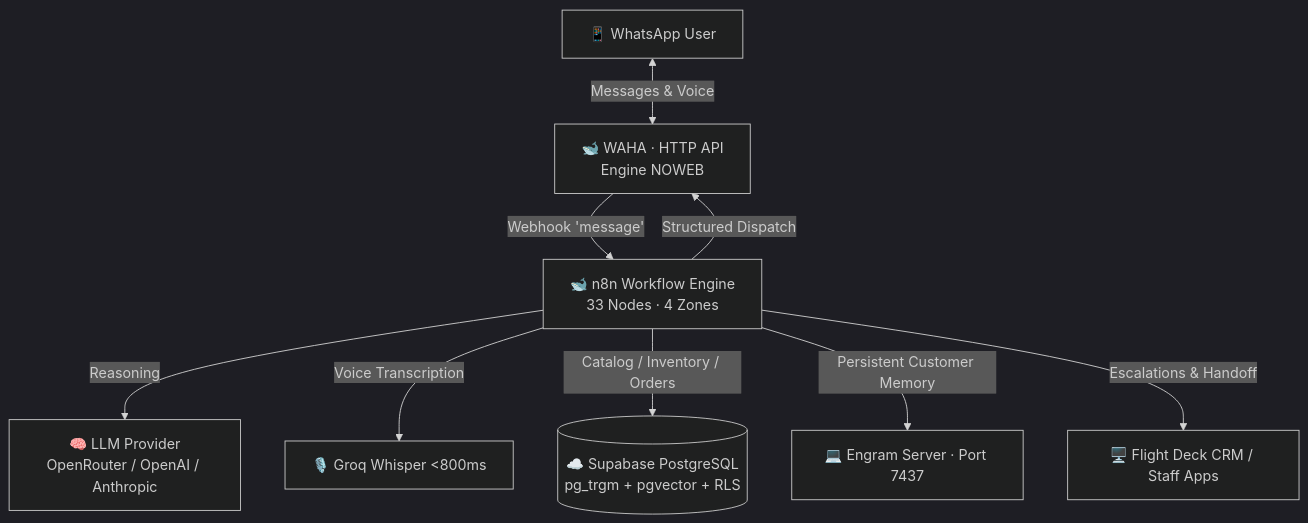
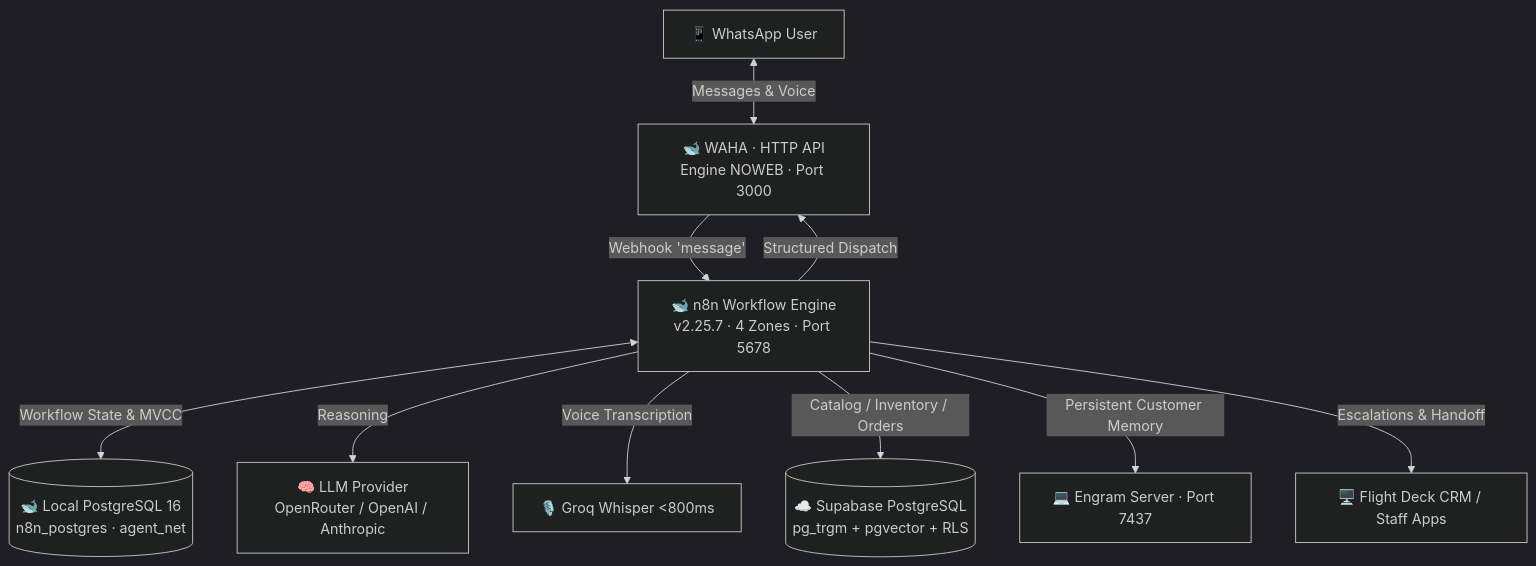
One commit to Gus2708/whatsapp-agent changed the diagram in ARCHITECTURE.md. Above: the diagram before and after it, drawn with Mermaid (dark theme). The commit also changed other lines of this file and 13 other files, not shown here.

First line of the commit message:
feat(infra): migrate n8n internal storage from SQLite to PostgreSQL

````diff
--- a/ARCHITECTURE.md
+++ b/ARCHITECTURE.md
@@ -17,11 +17,12 @@
 ```mermaid
 graph TD
-    Client[📱 WhatsApp User] <-->|Messages & Voice| WAHA[🐋 WAHA · HTTP API<br/>Engine NOWEB]
-    WAHA -->|Webhook 'message'| N8N[🐋 n8n Workflow Engine<br/>33 Nodes · 4 Zones]
-    N8N -->|Reasoning| Model[🧠 LLM Provider<br/>OpenRouter / OpenAI / Anthropic]
-    N8N -->|Voice Transcription| Groq[🎙️ Groq Whisper <800ms]
-    N8N -->|Catalog / Inventory / Orders| Supabase[(☁️ Supabase PostgreSQL<br/>pg_trgm + pgvector + RLS)]
-    N8N -->|Persistent Customer Memory| Engram[💻 Engram Server · Port 7437]
-    N8N -->|Structured Dispatch| WAHA
-    N8N -->|Escalations & Handoff| CRM[🖥️ Flight Deck CRM / Staff Apps]
+    Client["📱 WhatsApp User"] <-->|"Messages & Voice"| WAHA["🐋 WAHA · HTTP API<br/>Engine NOWEB · Port 3000"]
+    WAHA -->|"Webhook 'message'"| N8N["🐋 n8n Workflow Engine<br/>v2.25.7 · 4 Zones · Port 5678"]
+    N8N <-->|"Workflow State & MVCC"| N8NPG[("🐋 Local PostgreSQL 16<br/>n8n_postgres · agent_net")]
+    N8N -->|"Reasoning"| Model["🧠 LLM Provider<br/>OpenRouter / OpenAI / Anthropic"]
+    N8N -->|"Voice Transcription"| Groq["🎙️ Groq Whisper <800ms"]
+    N8N -->|"Catalog / Inventory / Orders"| Supabase[("☁️ Supabase PostgreSQL<br/>pg_trgm + pgvector + RLS")]
+    N8N -->|"Persistent Customer Memory"| Engram["💻 Engram Server · Port 7437"]
+    N8N -->|"Structured Dispatch"| WAHA
+    N8N -->|"Escalations & Handoff"| CRM["🖥️ Flight Deck CRM / Staff Apps"]
 ```
````
